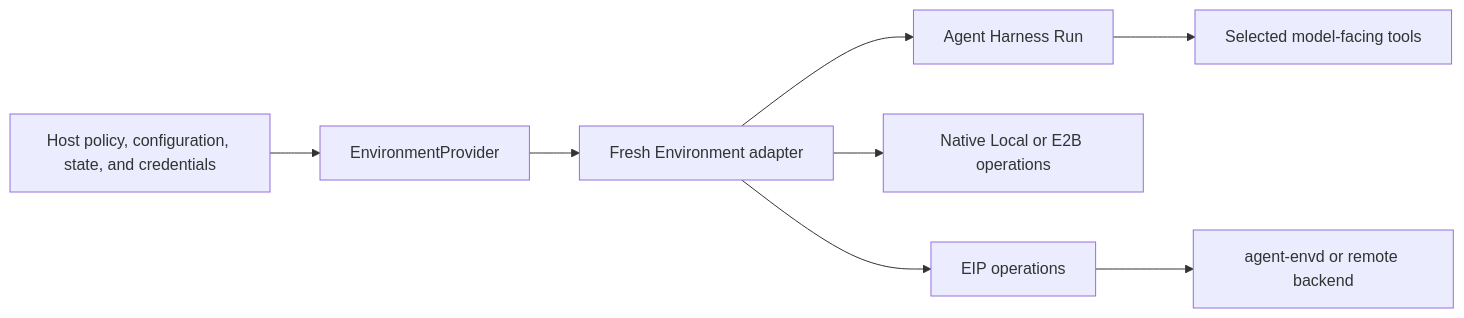
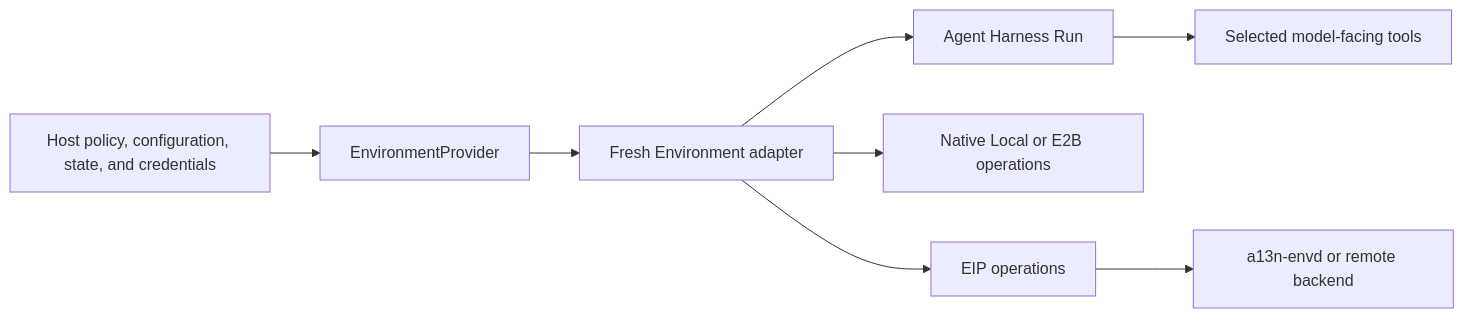
The diagram in docs/environments/index.md (LTThreeComma/agent-foundation), drawn with Mermaid before and after one commit. The commit also changed other lines of this file and 1957 other files, not shown here.

````diff
--- a/docs/environments/index.md
+++ b/docs/environments/index.md
@@ -24,10 +24,10 @@
 ```mermaid
 flowchart LR
     Host[Host policy, configuration, state, and credentials] --> Provider[EnvironmentProvider]
     Provider --> Environment[Fresh Environment adapter]
     Environment --> Harness[Agent Harness Run]
     Harness --> Tools[Selected model-facing tools]
     Environment --> Direct[Native Local or E2B operations]
     Environment --> EIP[EIP operations]
-    EIP --> Envd[agent-envd or remote backend]
+    EIP --> Envd[a13n-envd or remote backend]
 ```
````
